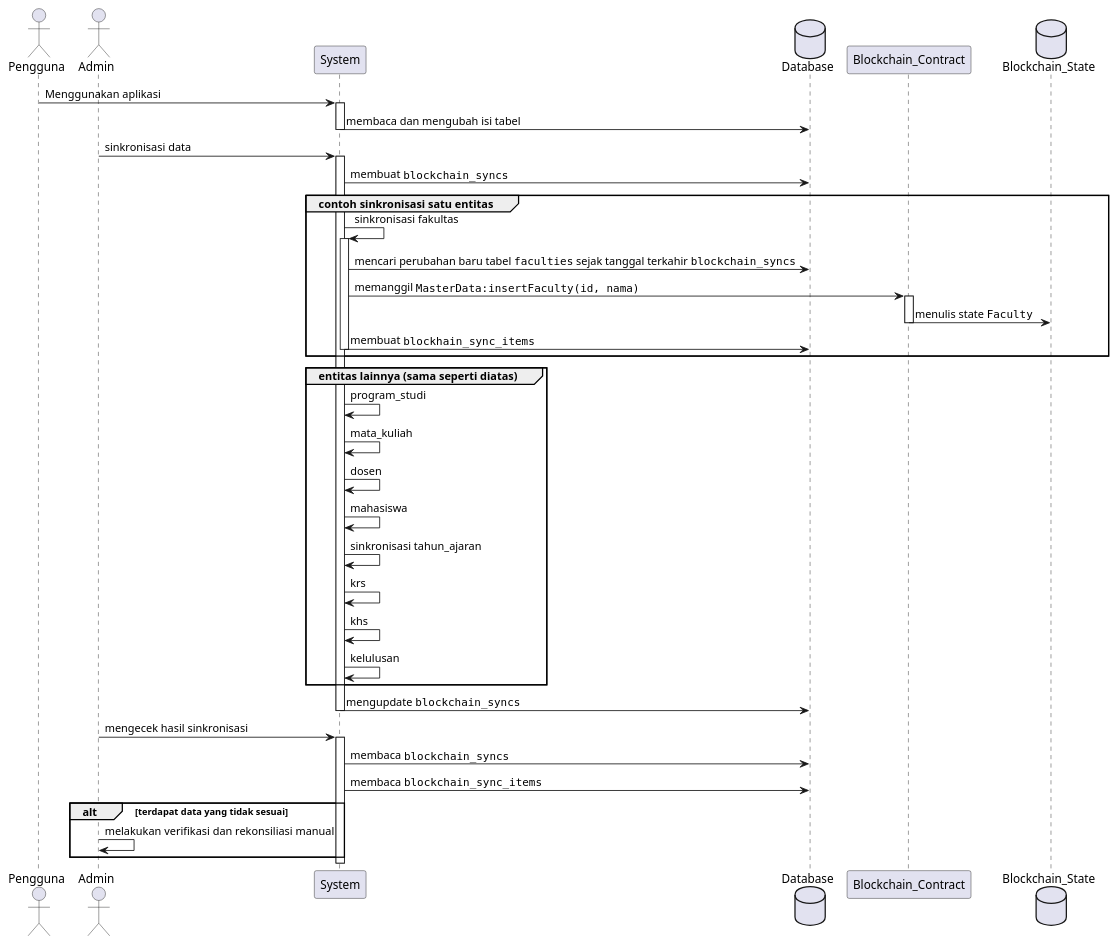
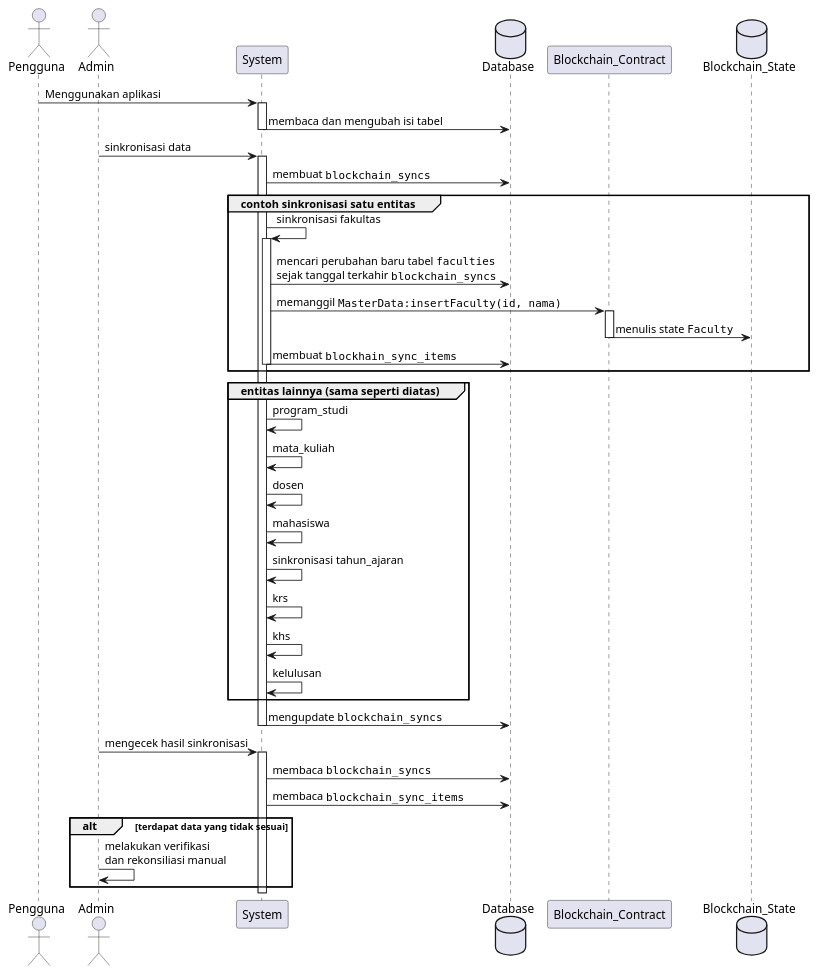
One commit to herbertabdillah/skripsi changed the diagram in skripsi-diagram/sync.puml. Above: the diagram before and after it, drawn with PlantUML. The commit also changed 18 other files, not shown here.

```diff
--- a/skripsi-diagram/sync.puml
+++ b/skripsi-diagram/sync.puml
@@ -1,57 +1,57 @@
 @startuml
 actor       Pengguna       as user
 actor       Admin       as adm
 participant System      as sys
 database Database      as db
 participant Blockchain_Contract  as hlf
 database Blockchain_State      as hld
 
 user -> sys: Menggunakan aplikasi
 activate sys
 sys -> db: membaca dan mengubah isi tabel
 deactivate sys
 
 adm -> sys: sinkronisasi data
 activate sys
 sys -> db: membuat ""blockchain_syncs""
 
 group contoh sinkronisasi satu entitas
 
 sys -> sys: sinkronisasi fakultas
 activate sys
-sys -> db: mencari perubahan baru tabel ""faculties"" sejak tanggal terkahir ""blockchain_syncs""
+sys -> db: mencari perubahan baru tabel ""faculties""\nsejak tanggal terkahir ""blockchain_syncs""
 sys -> hlf: memanggil ""MasterData:insertFaculty(id, nama)""
 activate hlf
 hlf -> hld: menulis state ""Faculty""
 deactivate hlf
 sys -> db: membuat ""blockhain_sync_items""
 deactivate sys
 
 end
 group entitas lainnya (sama seperti diatas)
 sys -> sys: program_studi
 sys -> sys: mata_kuliah
 sys -> sys: dosen
 sys -> sys: mahasiswa
 sys -> sys: sinkronisasi tahun_ajaran
 sys -> sys: krs
 sys -> sys: khs
 sys -> sys: kelulusan
 end
 
 sys -> db: mengupdate ""blockchain_syncs""
 
 deactivate sys
 
 adm -> sys: mengecek hasil sinkronisasi
 activate sys
 sys -> db: membaca ""blockchain_syncs""
 sys -> db: membaca ""blockchain_sync_items""
 alt terdapat data yang tidak sesuai
-adm -> adm: melakukan verifikasi dan rekonsiliasi manual
+adm -> adm: melakukan verifikasi\ndan rekonsiliasi manual
 end
 
 deactivate sys
 
 
 @enduml
```
